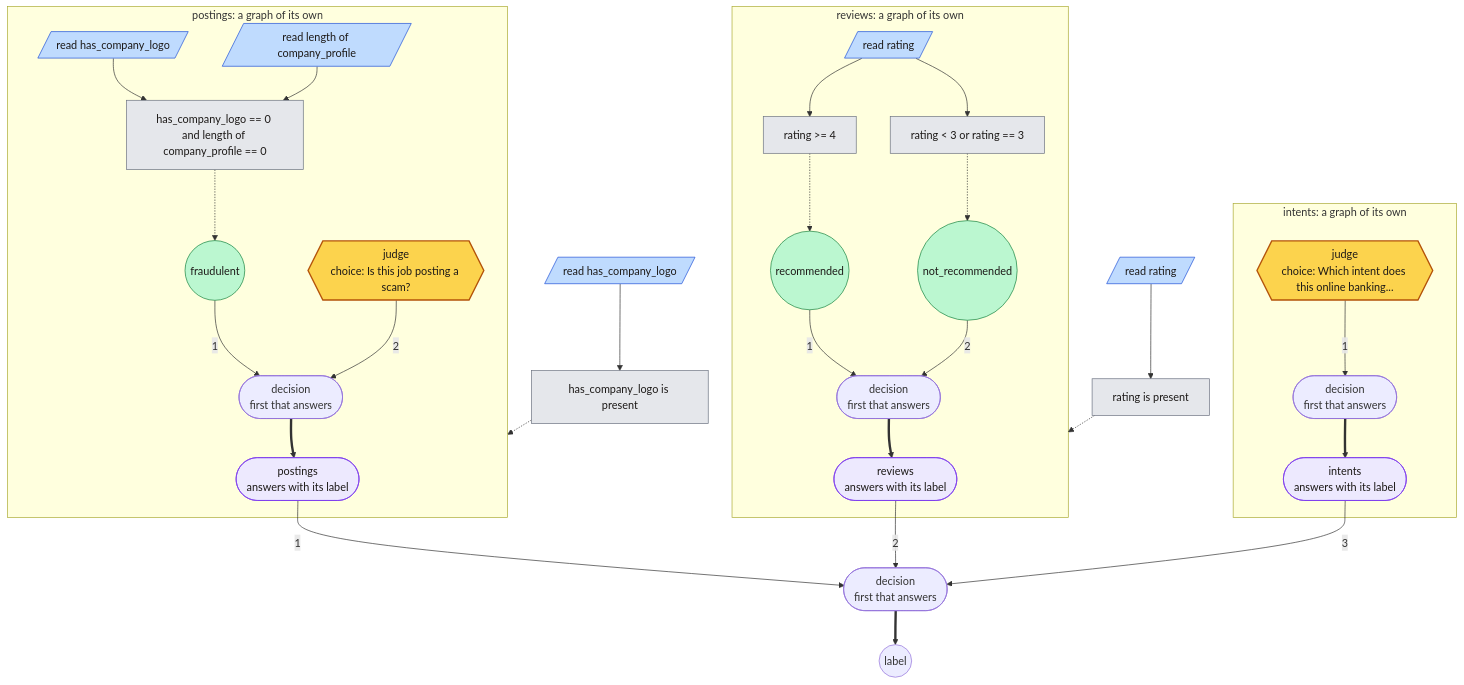
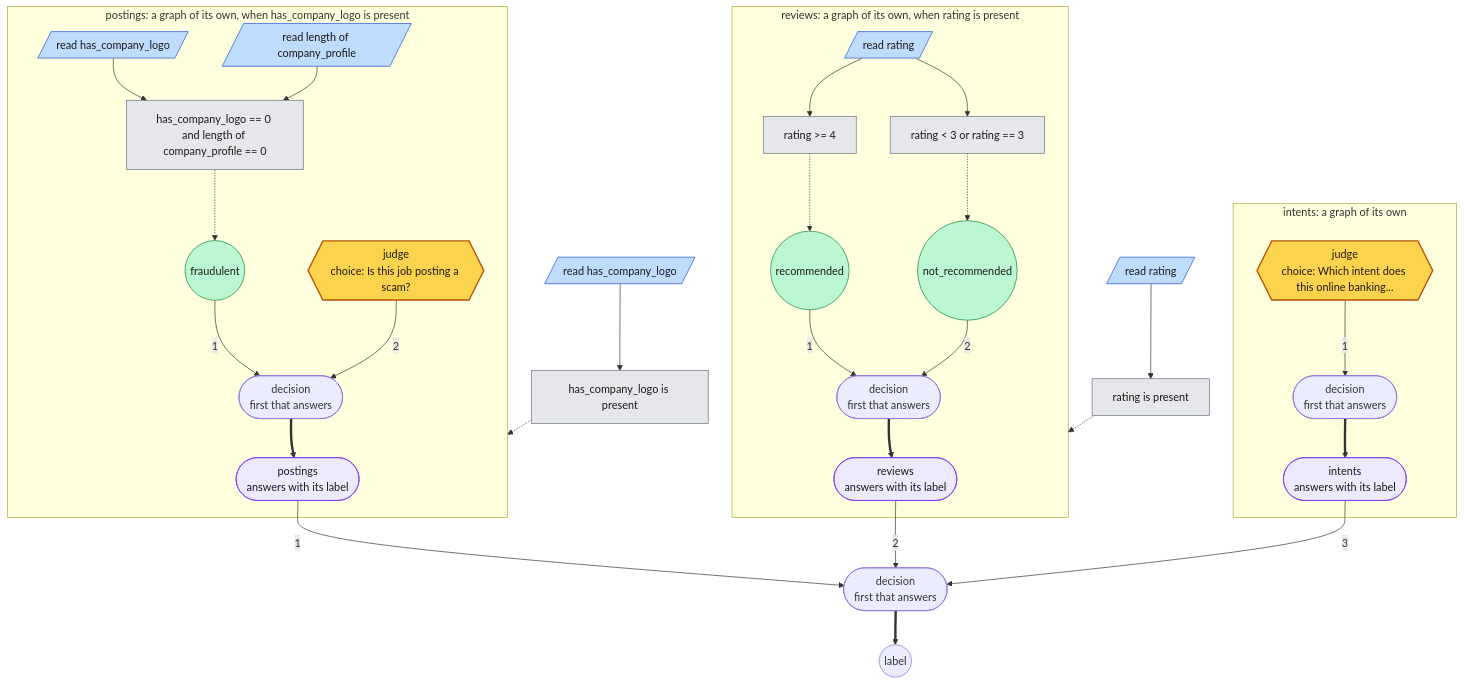
One commit to MCERQUA/rulesmith changed the diagram in docs/maps.md. Above: the diagram before and after it, drawn with Mermaid. The commit also changed 3 other files, not shown here.

First line of the commit message:
Say in a unit frame's title when the unit runs

````diff
--- a/docs/maps.md
+++ b/docs/maps.md
@@ -52,65 +52,65 @@
 ```mermaid
 flowchart TD
     n0[/"read has_company_logo"/]
-    subgraph n1_unit["postings: a graph of its own"]
+    subgraph n1_unit["postings: a graph of its own, when has_company_logo is present"]
     n1(["postings<br/>answers with its label"])
     n1_n0[/"read has_company_logo"/]
     n1_n1[/"read length of company_profile"/]
     n1_n2(("fraudulent"))
     n1_n3{{"judge<br/>choice: Is this job posting a scam?"}}
     n1_n4(["decision<br/>first that answers"])
     n1_c0["has_company_logo == 0 and length of company_profile == 0"]
     n1_n0 --> n1_c0
     n1_n1 --> n1_c0
     n1_c0 -.-> n1_n2
     n1_n2 -->|"1"| n1_n4
     n1_n3 -->|"2"| n1_n4
     n1_n4 ==> n1
     end
     n2[/"read rating"/]
-    subgraph n3_unit["reviews: a graph of its own"]
+    subgraph n3_unit["reviews: a graph of its own, when rating is present"]
     n3(["reviews<br/>answers with its label"])
     n3_n0[/"read rating"/]
     n3_n1(("recommended"))
     n3_n2(("not_recommended"))
     n3_n3(["decision<br/>first that answers"])
     n3_c0["rating >= 4"]
     n3_n0 --> n3_c0
     n3_c0 -.-> n3_n1
     n3_c1["rating < 3 or rating == 3"]
     n3_n0 --> n3_c1
     n3_c1 -.-> n3_n2
     n3_n1 -->|"1"| n3_n3
     n3_n2 -->|"2"| n3_n3
     n3_n3 ==> n3
     end
     subgraph n4_unit["intents: a graph of its own"]
     n4(["intents<br/>answers with its label"])
     n4_n0{{"judge<br/>choice: Which intent does this online banking..."}}
     n4_n1(["decision<br/>first that answers"])
     n4_n0 -->|"1"| n4_n1
     n4_n1 ==> n4
     end
     n5(["decision<br/>first that answers"])
     c0["has_company_logo is present"]
     n0 --> c0
     c0 -.-> n1_unit
     c1["rating is present"]
     n2 --> c1
     c1 -.-> n3_unit
     n1 -->|"1"| n5
     n3 -->|"2"| n5
     n4 -->|"3"| n5
     o0(("label"))
     n5 ==> o0
     classDef judge fill:#fcd34d,stroke:#b45309,stroke-width:2px,color:#1c1917
     class n1_n3,n4_n0 judge
     classDef read fill:#bfdbfe,stroke:#1d4ed8,color:#1c1917
     class n1_n0,n1_n1,n3_n0,n0,n2 read
     classDef rule fill:#bbf7d0,stroke:#15803d,color:#1c1917
     class n1_n2,n3_n1,n3_n2 rule
     classDef unit fill:#ede9fe,stroke:#7c3aed,color:#1c1917
     class n1,n3,n4 unit
     classDef condition fill:#e5e7eb,stroke:#6b7280,color:#1c1917
     class n1_c0,n3_c0,n3_c1,c0,c1 condition
 ```
````
